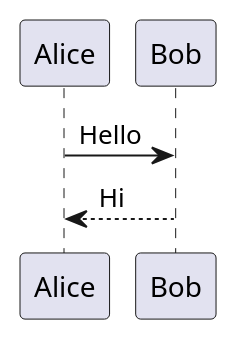
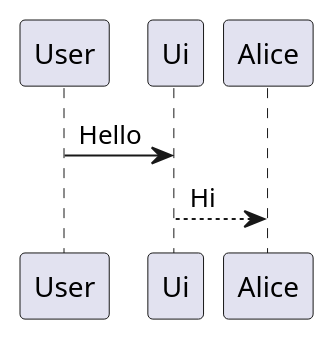
The diagram in 01-Sequence-Diagram/basic-sequence.puml (tokunwarsingh/kbstechnocraft_plant_uml_full_guide), drawn with PlantUML before and after one commit. The commit also changed 21 other files, not shown here.

Commit message:
refactor: Update UML diagrams for improved clarity and consistency; add new examples and remove obsolete content

```diff
--- a/01-Sequence-Diagram/basic-sequence.puml
+++ b/01-Sequence-Diagram/basic-sequence.puml
@@ -1,4 +1,4 @@
 @startuml
-Alice -> Bob: Hello
-Bob --> Alice: Hi
+User -> Ui: Hello
+Ui --> Alice: Hi
 @enduml
```
